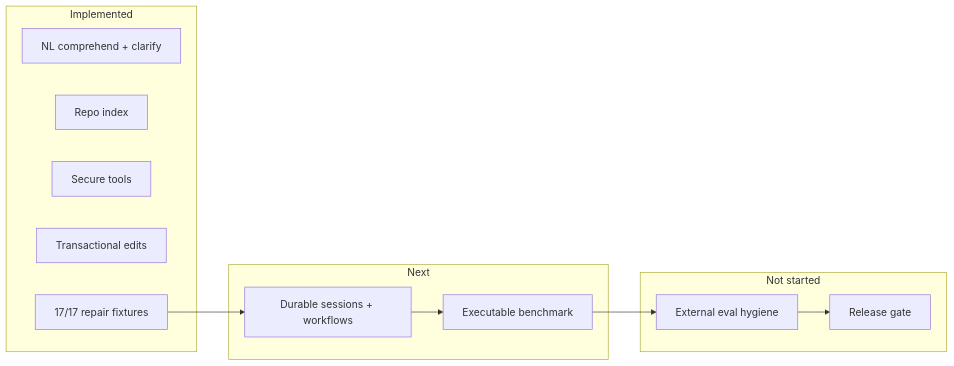
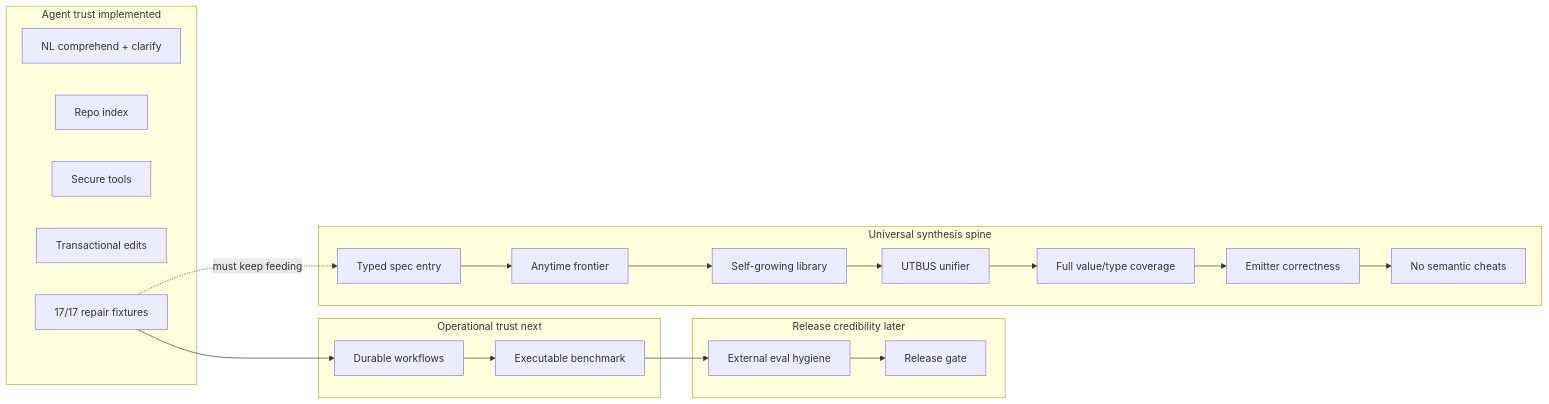
The diagram in nsynth/docs/UNIVERSAL_CODING_AGENT_PLAN.md (robertcprice/nCPU), drawn with Mermaid before and after one commit. The commit also changed other lines of this file and 3 other files, not shown here.

Commit message:
docs: sync MASTER_ROADMAP ledger + universal plan with LME/NL-FILTER state

````diff
--- a/nsynth/docs/UNIVERSAL_CODING_AGENT_PLAN.md
+++ b/nsynth/docs/UNIVERSAL_CODING_AGENT_PLAN.md
@@ -30,19 +68,30 @@
 ```mermaid
 flowchart LR
-  subgraph done [Implemented]
+  subgraph agent_done [Agent trust implemented]
     G1[NL comprehend + clarify]
     G2[Repo index]
     G3[Secure tools]
     G4[Transactional edits]
     G5[17/17 repair fixtures]
   end
-  subgraph next [Next]
-    G6[Durable sessions + workflows]
+  subgraph agent_next [Operational trust next]
+    G6[Durable workflows]
     G7[Executable benchmark]
   end
-  subgraph far [Not started]
+  subgraph release_far [Release credibility later]
     G8[External eval hygiene]
     G9[Release gate]
   end
+  subgraph synth_spine [Universal synthesis spine]
+    U1[Typed spec entry]
+    U2[Anytime frontier]
+    U3[Self-growing library]
+    U4[UTBUS unifier]
+    U5[Full value/type coverage]
+    U6[Emitter correctness]
+    U7[No semantic cheats]
+  end
   G5 --> G6 --> G7 --> G8 --> G9
+  G5 -.must keep feeding.-> U1
+  U1 --> U2 --> U3 --> U4 --> U5 --> U6 --> U7
 ```
````
